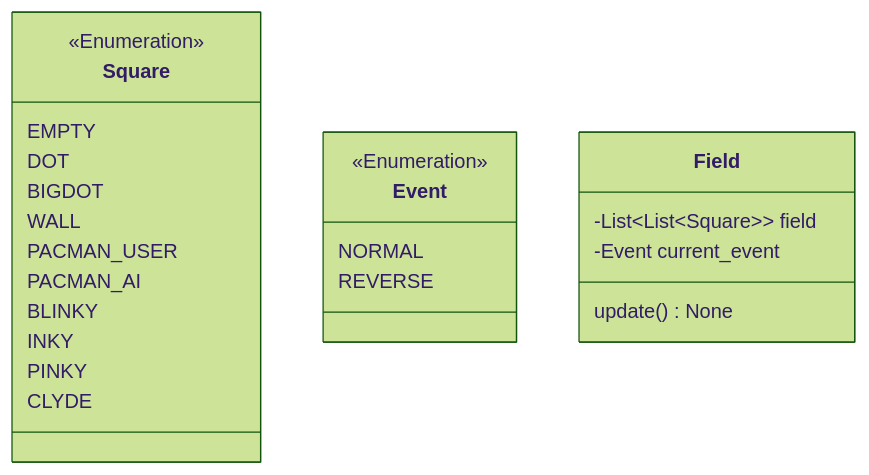
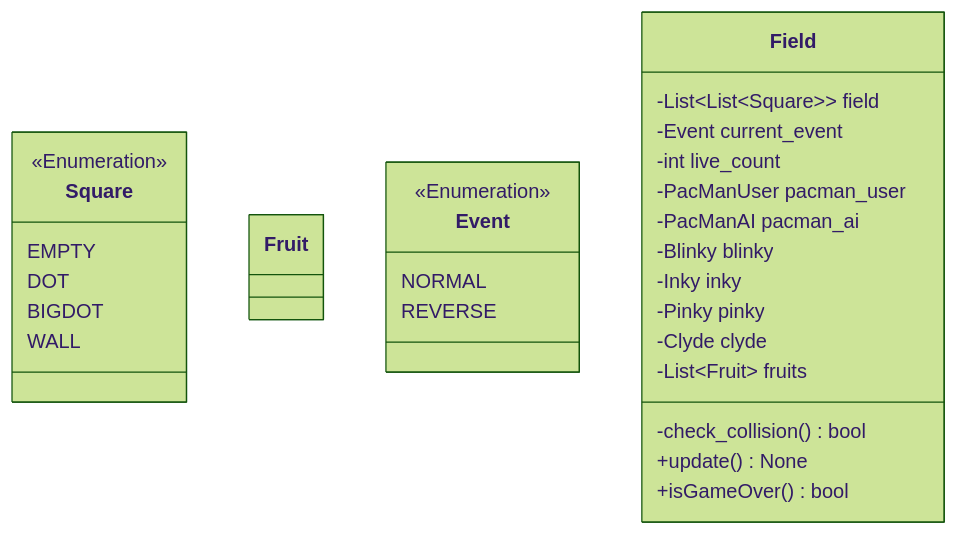
The fifth of 6 diagrams in core/structure.md (GrandTiger1729/pac-man), drawn with Mermaid (forest theme) before and after one commit. The commit also changed other lines of this file, not shown here.

````diff
--- a/core/structure.md
+++ b/core/structure.md
@@ -85,33 +106,42 @@
 ```mermaid
 classDiagram
     
     
     class Square {
         EMPTY
         DOT
         BIGDOT
         WALL
-        PACMAN_USER
-        PACMAN_AI
-        BLINKY
-        INKY
-        PINKY
-        CLYDE
+    }
+    class Fruit {
+
     }
     <<Enumeration>> Square
     
     class Event {
         NORMAL
         REVERSE
     }
     <<Enumeration>> Event
 
     class Field {
 
         -List~List~Square~~ field
         -Event current_event
-    
-        update() None
+        -int live_count
+        
+        -PacManUser pacman_user
+        -PacManAI pacman_ai
+        -Blinky blinky
+        -Inky inky
+        -Pinky pinky
+        -Clyde clyde
+
+        -List~Fruit~ fruits
+        
+        -check_collision() bool
+        +update() None
+        +isGameOver() bool
     }
 
 ```
````
